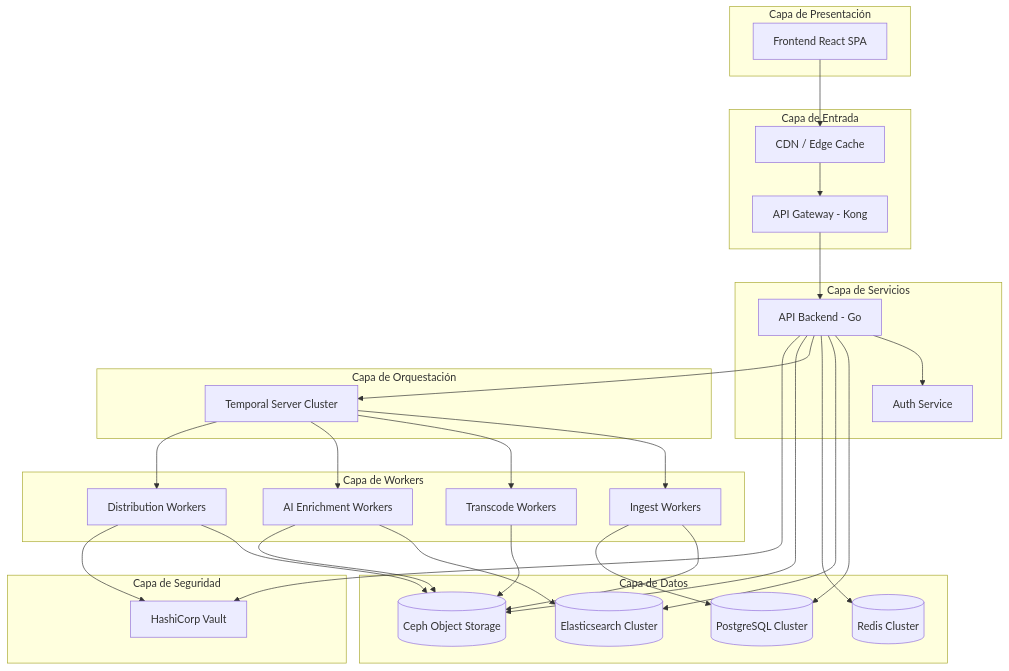
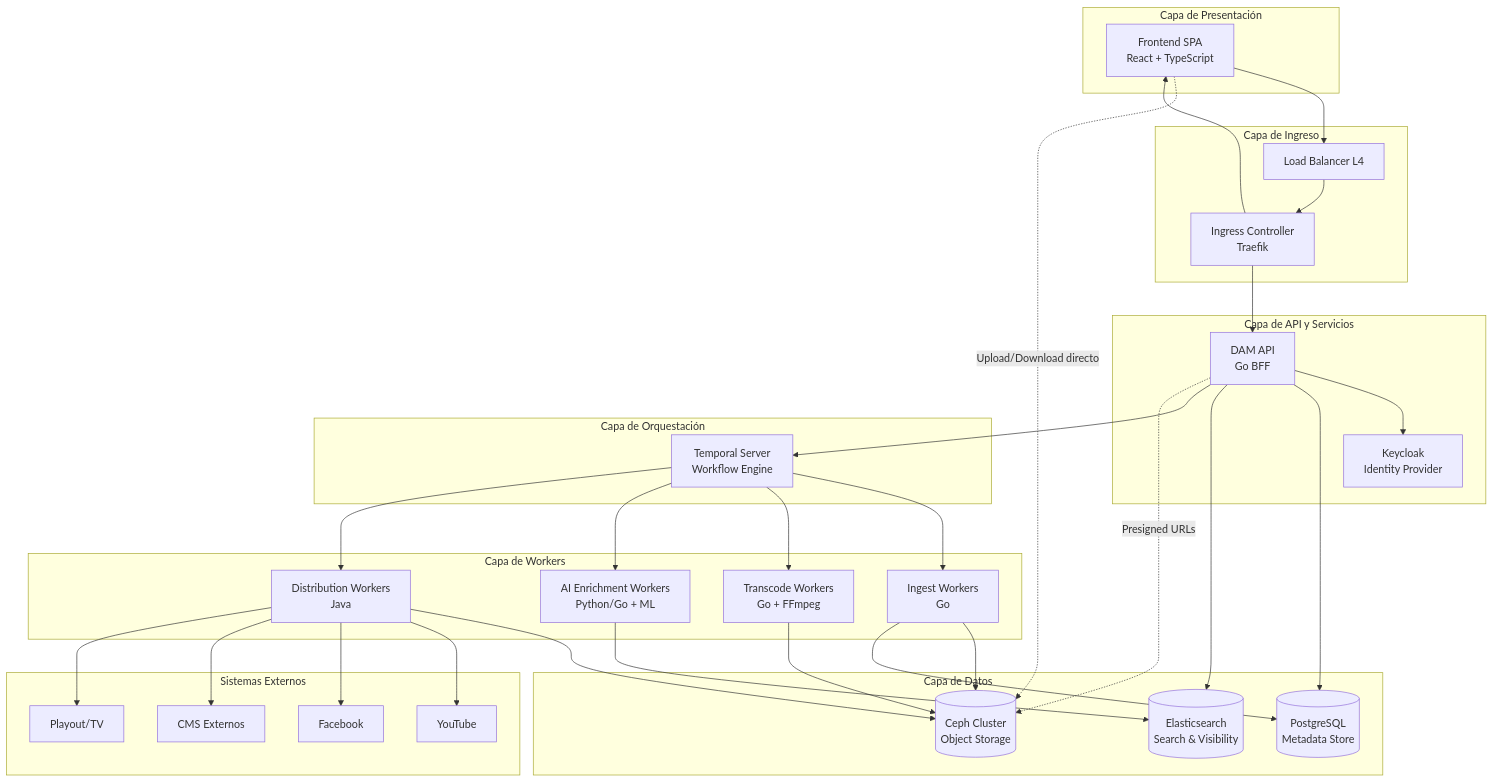
One commit to pi-na/tpe-inge2 changed the first of 5 diagrams in INFORME-FINAL.md. Above: the diagram before and after it, drawn with Mermaid. The commit also changed other lines of this file, not shown here.

````diff
--- a/INFORME-FINAL.md
+++ b/INFORME-FINAL.md
@@ -174,63 +208,68 @@
 ```mermaid
 graph TB
     subgraph "Capa de Presentación"
-        UI[Frontend React SPA]
+        FE[Frontend SPA<br/>React + TypeScript]
     end
-  
-    subgraph "Capa de Entrada"
-        CDN[CDN / Edge Cache]
-        APIGW[API Gateway - Kong]
+
+    subgraph "Capa de Ingreso"
+        LB[Load Balancer L4]
+        IG[Ingress Controller<br/>Traefik]
     end
-  
-    subgraph "Capa de Servicios"
-        API[API Backend - Go]
-        AUTH[Auth Service]
+
+    subgraph "Capa de API y Servicios"
+        API[DAM API<br/>Go BFF]
+        KC[Keycloak<br/>Identity Provider]
     end
-  
+
+    subgraph "Capa de Datos"
+        PG[(PostgreSQL<br/>Metadata Store)]
+        ES[(Elasticsearch<br/>Search & Visibility)]
+        CEPH[(Ceph Cluster<br/>Object Storage)]
+    end
+
     subgraph "Capa de Orquestación"
-        TEMPORAL[Temporal Server Cluster]
+        TS[Temporal Server<br/>Workflow Engine]
     end
-  
+
     subgraph "Capa de Workers"
-        W_INGEST[Ingest Workers]
-        W_TRANS[Transcode Workers]
-        W_AI[AI Enrichment Workers]
-        W_DIST[Distribution Workers]
+        WI[Ingest Workers<br/>Go]
+        WT[Transcode Workers<br/>Go + FFmpeg]
+        WA[AI Enrichment Workers<br/>Python/Go + ML]
+        WD[Distribution Workers<br/>Java]
     end
-  
-    subgraph "Capa de Datos"
-        PG[(PostgreSQL Cluster)]
-        ES[(Elasticsearch Cluster)]
-        REDIS[(Redis Cluster)]
-        CEPH[(Ceph Object Storage)]
+
+    subgraph "Sistemas Externos"
+        YT[YouTube]
+        FB[Facebook]
+        CMS[CMS Externos]
+        TV[Playout/TV]
     end
-  
-    subgraph "Capa de Seguridad"
-        VAULT[HashiCorp Vault]
-    end
-  
-    UI --> CDN
-    CDN --> APIGW
-    APIGW --> API
-    API --> AUTH
+
+    FE --> LB
+    LB --> IG
+    IG --> FE
+    IG --> API
+    API --> KC
     API --> PG
     API --> ES
-    API --> REDIS
-    API --> TEMPORAL
-    API --> CEPH
-  
-    TEMPORAL --> W_INGEST
-    TEMPORAL --> W_TRANS
-    TEMPORAL --> W_AI
-    TEMPORAL --> W_DIST
-  
-    W_INGEST --> CEPH
-    W_INGEST --> PG
-    W_TRANS --> CEPH
-    W_AI --> ES
-    W_AI --> CEPH
-    W_DIST --> CEPH
-  
-    API --> VAULT
-    W_DIST --> VAULT
+    API --> TS
+    API -.->|Presigned URLs| CEPH
+
+    TS --> WI
+    TS --> WT
+    TS --> WA
+    TS --> WD
+
+    WI --> CEPH
+    WI --> PG
+    WT --> CEPH
+    WA --> ES
+    WD --> CEPH
+
+    WD --> YT
+    WD --> FB
+    WD --> CMS
+    WD --> TV
+
+    FE -.->|Upload/Download directo| CEPH
 ```
````
